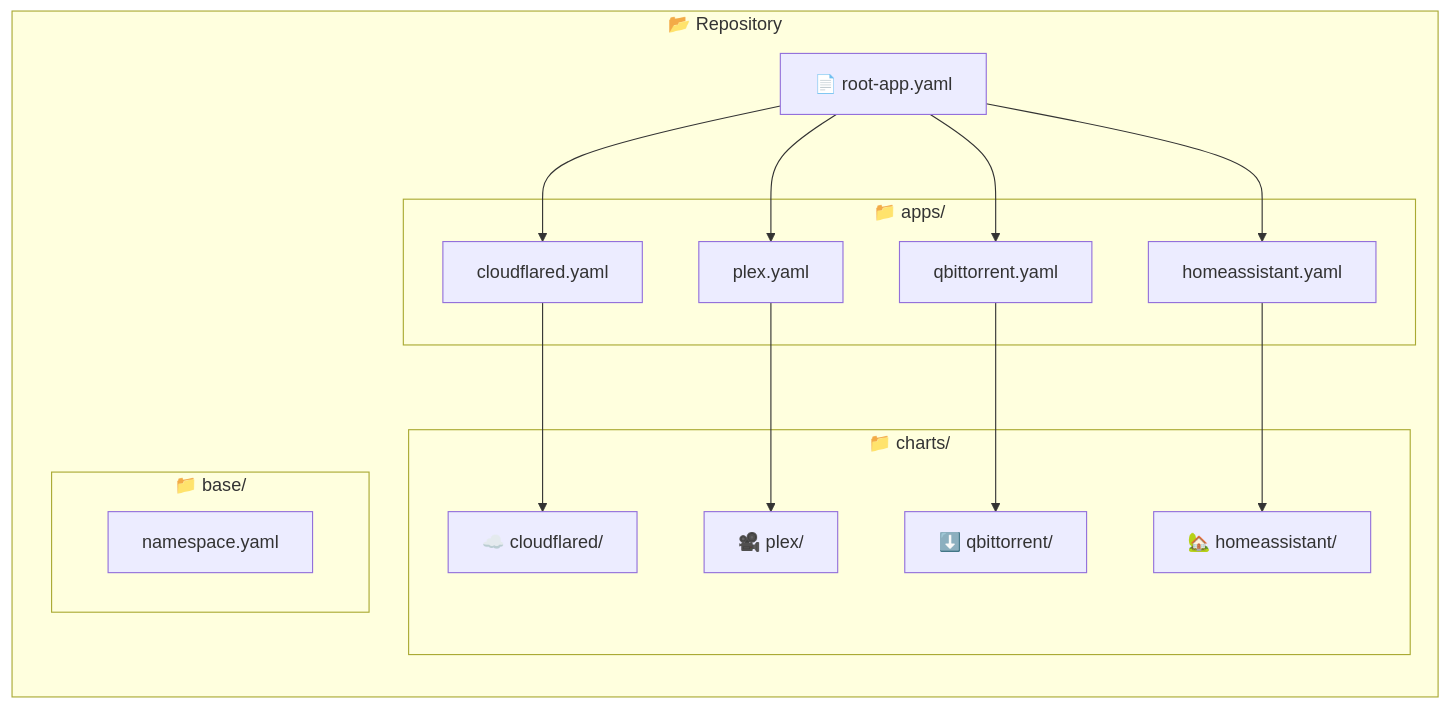
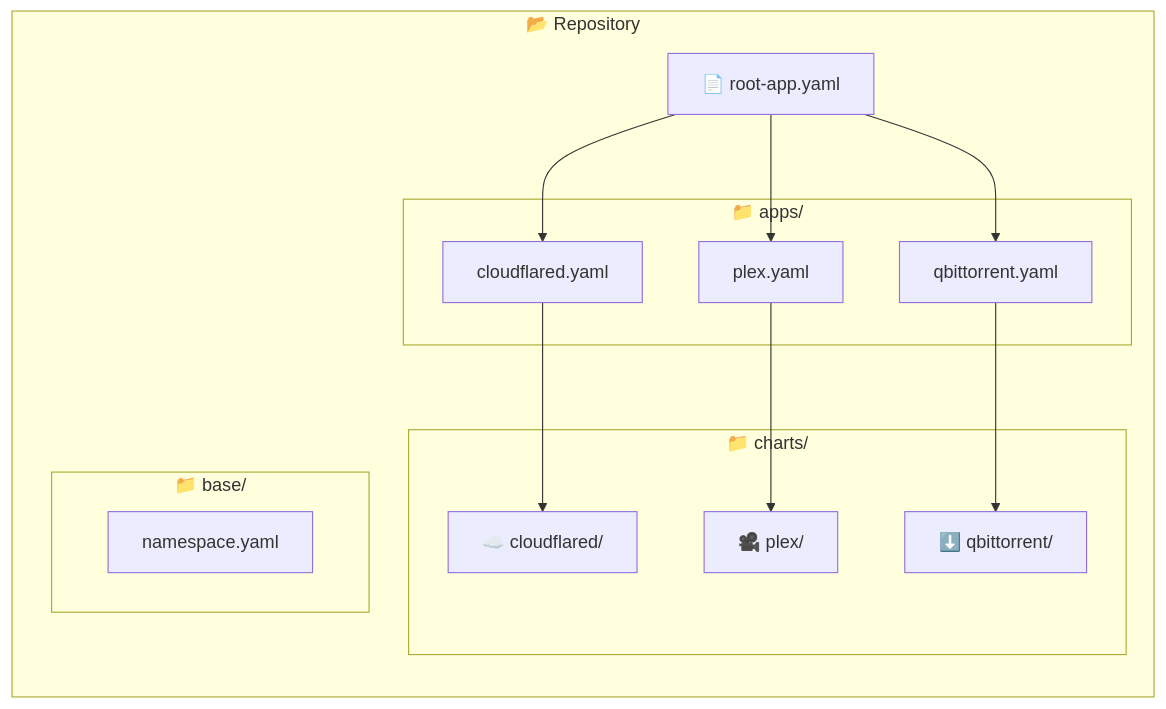
The second of 3 diagrams in README.md (muchiny/media-stack-k8s), drawn with Mermaid before and after one commit. The commit also changed other lines of this file and 24 other files, not shown here.

````diff
--- a/README.md
+++ b/README.md
@@ -75,33 +66,29 @@
 ```mermaid
 graph LR
     subgraph "📂 Repository"
         ROOT[📄 root-app.yaml]
 
         subgraph "📁 apps/"
             A1[cloudflared.yaml]
             A2[plex.yaml]
             A3[qbittorrent.yaml]
-            A4[homeassistant.yaml]
         end
 
         subgraph "📁 charts/"
             C1[☁️ cloudflared/]
             C2[🎥 plex/]
             C3[⬇️ qbittorrent/]
-            C4[🏡 homeassistant/]
         end
 
         subgraph "📁 base/"
             B1[namespace.yaml]
         end
     end
 
     ROOT --> A1
     ROOT --> A2
     ROOT --> A3
-    ROOT --> A4
     A1 --> C1
     A2 --> C2
     A3 --> C3
-    A4 --> C4
 ```
````
